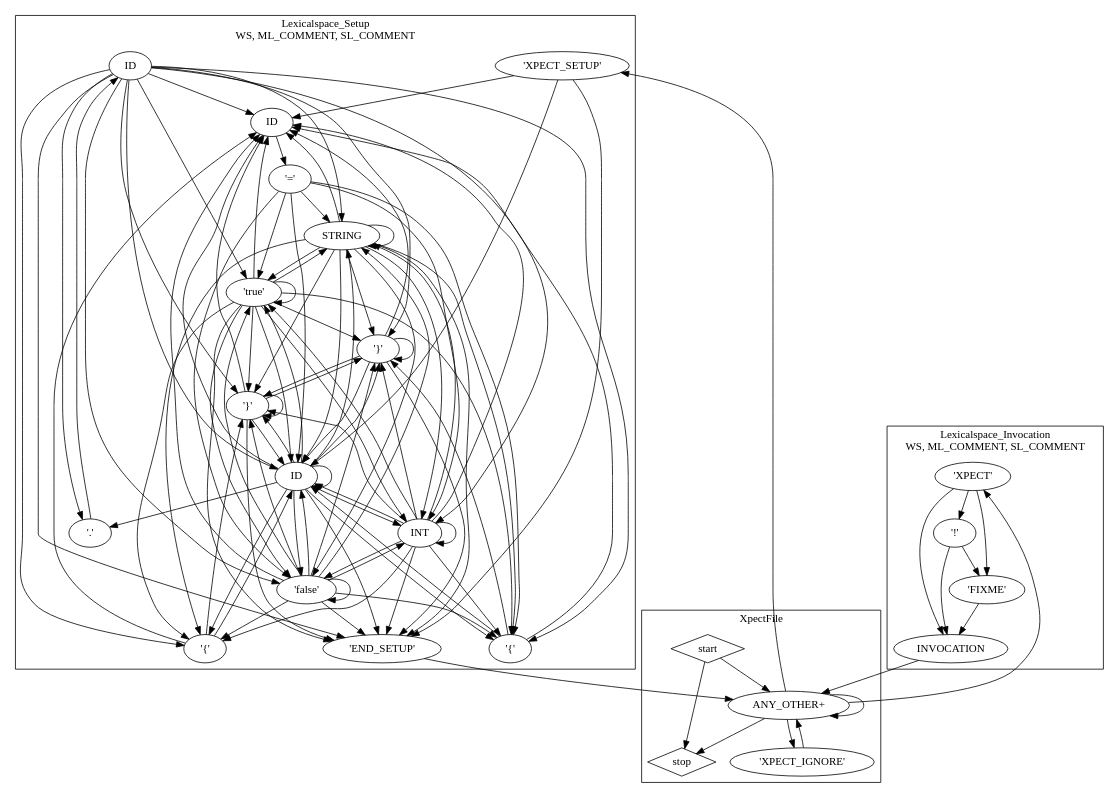
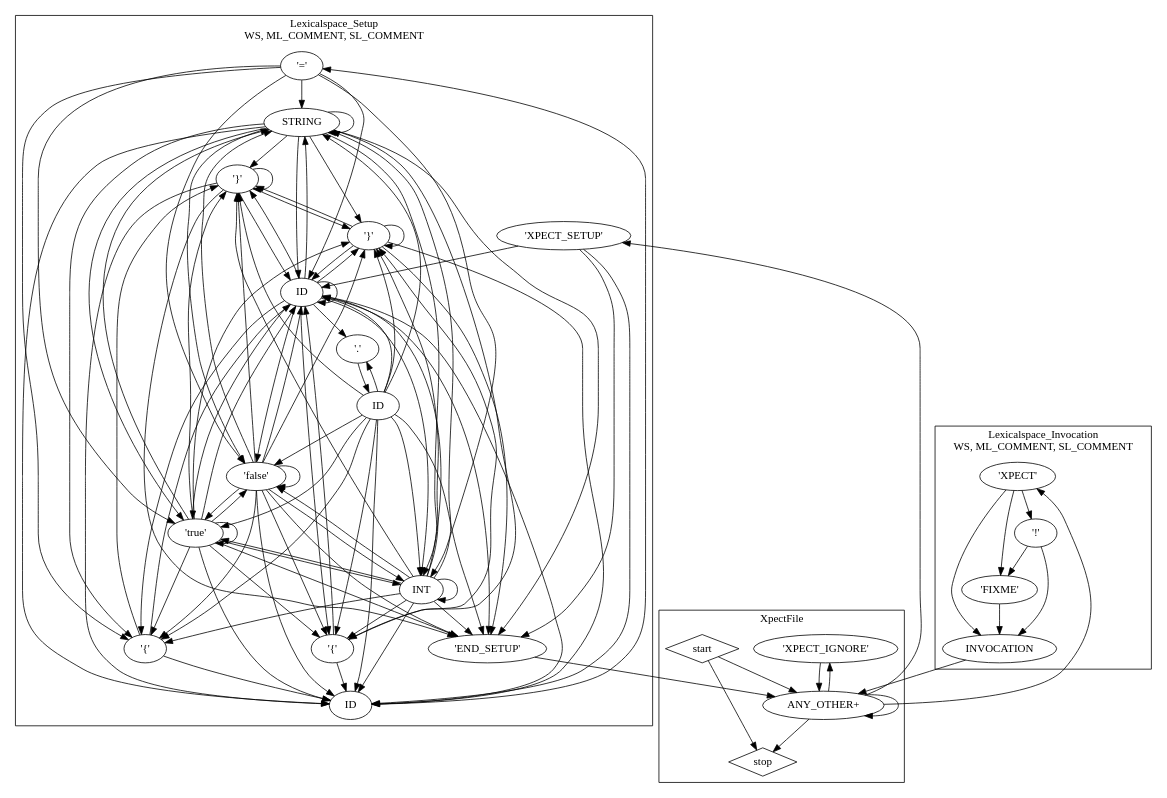
One commit to tjeske/Xpect changed the diagram in org.eclipse.xpect.ui/src-gen/org/eclipse/xpect/lexer/XpectHIGrammarNfa.dot. Above: the diagram before and after it, drawn with Graphviz. The commit also changed 66 other files, not shown here.

```diff
--- a/org.eclipse.xpect.ui/src-gen/org/eclipse/xpect/lexer/XpectHIGrammarNfa.dot
+++ b/org.eclipse.xpect.ui/src-gen/org/eclipse/xpect/lexer/XpectHIGrammarNfa.dot
@@ -1,150 +1,150 @@
 ## This is a Graphviz .dot file (http://www.graphviz.org/)
 ## You can use the command 'dot -Tpdf this.dot > out.pdf' to render it.
 digraph G {
-subgraph cluster_lexicalgroup435175610 {
-label="Lexicalspace_Setup\nWS, ML_COMMENT, SL_COMMENT";
-tokennfastate1073364187 [label=ID];
-tokennfastate1365077151 [label=ID];
-tokennfastate1327479036 [label=STRING];
-tokennfastate1307544234 [label=ID];
-tokennfastate1045277643 [label="'XPECT_SETUP'"];
-tokennfastate1297528817 [label="'END_SETUP'"];
-tokennfastate1973160980 [label="'{'"];
-tokennfastate1815589086 [label="'false'"];
-tokennfastate724715512 [label="'.'"];
-tokennfastate1902949568 [label="'}'"];
-tokennfastate1631747283 [label="'='"];
-tokennfastate1137474487 [label="'{'"];
-tokennfastate774574864 [label=INT];
-tokennfastate2144071031 [label="'}'"];
-tokennfastate723844282 [label="'true'"];
+subgraph cluster_lexicalgroup236055802 {
+label="XpectFile\n";
+tokennfastate1951830231 [label="'XPECT_IGNORE'"];
+tokennfastate1808794751 [label="ANY_OTHER+"];
+tokennfastate1609544540 [shape=diamond,label=stop];
+tokennfastate266546996 [shape=diamond,label=start];
 }
 
-subgraph cluster_lexicalgroup1803361784 {
-label="Lexicalspace_Invocation\nWS, ML_COMMENT, SL_COMMENT";
-tokennfastate859485976 [label=INVOCATION];
-tokennfastate1677168793 [label="'!'"];
-tokennfastate1842764665 [label="'XPECT'"];
-tokennfastate1509075433 [label="'FIXME'"];
+subgraph cluster_lexicalgroup50297459 {
+label="Lexicalspace_Setup\nWS, ML_COMMENT, SL_COMMENT";
+tokennfastate1335025360 [label="'='"];
+tokennfastate868997251 [label="'}'"];
+tokennfastate613079201 [label=ID];
+tokennfastate1243258711 [label="'}'"];
+tokennfastate1857134882 [label=STRING];
+tokennfastate1891225036 [label=ID];
+tokennfastate637796214 [label=ID];
+tokennfastate1734747187 [label="'END_SETUP'"];
+tokennfastate2088030818 [label=INT];
+tokennfastate1531844761 [label="'true'"];
+tokennfastate112380906 [label="'{'"];
+tokennfastate418025943 [label="'false'"];
+tokennfastate1281792763 [label="'.'"];
+tokennfastate1935353349 [label="'XPECT_SETUP'"];
+tokennfastate1091660814 [label="'{'"];
 }
 
-subgraph cluster_lexicalgroup1329897103 {
-label="XpectFile\n";
-tokennfastate530465490 [shape=diamond,label=stop];
-tokennfastate1616253157 [label="'XPECT_IGNORE'"];
-tokennfastate1064783200 [label="ANY_OTHER+"];
-tokennfastate212282107 [shape=diamond,label=start];
+subgraph cluster_lexicalgroup1874542689 {
+label="Lexicalspace_Invocation\nWS, ML_COMMENT, SL_COMMENT";
+tokennfastate366717433 [label="'XPECT'"];
+tokennfastate79503692 [label="'FIXME'"];
+tokennfastate1656345966 [label=INVOCATION];
+tokennfastate883435636 [label="'!'"];
 }
 
-tokennfastate1073364187->tokennfastate1137474487 [];
-tokennfastate1073364187->tokennfastate723844282 [];
-tokennfastate1073364187->tokennfastate1815589086 [];
-tokennfastate1073364187->tokennfastate774574864 [];
-tokennfastate1073364187->tokennfastate1327479036 [];
-tokennfastate1073364187->tokennfastate1902949568 [];
-tokennfastate1073364187->tokennfastate1307544234 [];
-tokennfastate1073364187->tokennfastate1365077151 [];
-tokennfastate1073364187->tokennfastate2144071031 [];
-tokennfastate1073364187->tokennfastate1297528817 [];
-tokennfastate1073364187->tokennfastate1973160980 [];
-tokennfastate1073364187->tokennfastate724715512 [];
-tokennfastate1365077151->tokennfastate1631747283 [];
-tokennfastate1327479036->tokennfastate1973160980 [];
-tokennfastate1327479036->tokennfastate1902949568 [];
-tokennfastate1327479036->tokennfastate1307544234 [];
-tokennfastate1327479036->tokennfastate1365077151 [];
-tokennfastate1327479036->tokennfastate2144071031 [];
-tokennfastate1327479036->tokennfastate1297528817 [];
-tokennfastate1327479036->tokennfastate1137474487 [];
-tokennfastate1327479036->tokennfastate723844282 [];
-tokennfastate1327479036->tokennfastate1815589086 [];
-tokennfastate1327479036->tokennfastate774574864 [];
-tokennfastate1327479036->tokennfastate1327479036 [];
-tokennfastate1307544234->tokennfastate1297528817 [];
-tokennfastate1307544234->tokennfastate1307544234 [];
-tokennfastate1307544234->tokennfastate1365077151 [];
-tokennfastate1307544234->tokennfastate724715512 [];
-tokennfastate1307544234->tokennfastate1902949568 [];
-tokennfastate1307544234->tokennfastate2144071031 [];
-tokennfastate1307544234->tokennfastate723844282 [];
-tokennfastate1307544234->tokennfastate1815589086 [];
-tokennfastate1307544234->tokennfastate774574864 [];
-tokennfastate1307544234->tokennfastate1327479036 [];
-tokennfastate1307544234->tokennfastate1973160980 [];
-tokennfastate1307544234->tokennfastate1137474487 [];
-tokennfastate1045277643->tokennfastate1297528817 [];
-tokennfastate1045277643->tokennfastate1307544234 [];
-tokennfastate1045277643->tokennfastate1365077151 [];
-tokennfastate1297528817->tokennfastate1064783200 [];
-tokennfastate1973160980->tokennfastate2144071031 [];
-tokennfastate1973160980->tokennfastate1365077151 [];
-tokennfastate1973160980->tokennfastate1307544234 [];
-tokennfastate1815589086->tokennfastate1973160980 [];
-tokennfastate1815589086->tokennfastate1902949568 [];
-tokennfastate1815589086->tokennfastate1307544234 [];
-tokennfastate1815589086->tokennfastate1365077151 [];
-tokennfastate1815589086->tokennfastate2144071031 [];
-tokennfastate1815589086->tokennfastate1297528817 [];
-tokennfastate1815589086->tokennfastate1137474487 [];
-tokennfastate1815589086->tokennfastate723844282 [];
-tokennfastate1815589086->tokennfastate1815589086 [];
-tokennfastate1815589086->tokennfastate774574864 [];
-tokennfastate1815589086->tokennfastate1327479036 [];
-tokennfastate724715512->tokennfastate1073364187 [];
-tokennfastate1902949568->tokennfastate1297528817 [];
-tokennfastate1902949568->tokennfastate1307544234 [];
-tokennfastate1902949568->tokennfastate1365077151 [];
-tokennfastate1902949568->tokennfastate1902949568 [];
-tokennfastate1902949568->tokennfastate2144071031 [];
-tokennfastate1631747283->tokennfastate1307544234 [];
-tokennfastate1631747283->tokennfastate1973160980 [];
-tokennfastate1631747283->tokennfastate723844282 [];
-tokennfastate1631747283->tokennfastate1815589086 [];
-tokennfastate1631747283->tokennfastate774574864 [];
-tokennfastate1631747283->tokennfastate1327479036 [];
-tokennfastate1137474487->tokennfastate1902949568 [];
-tokennfastate1137474487->tokennfastate1307544234 [];
-tokennfastate1137474487->tokennfastate1365077151 [];
-tokennfastate774574864->tokennfastate1973160980 [];
-tokennfastate774574864->tokennfastate1902949568 [];
-tokennfastate774574864->tokennfastate1307544234 [];
-tokennfastate774574864->tokennfastate1365077151 [];
-tokennfastate774574864->tokennfastate2144071031 [];
-tokennfastate774574864->tokennfastate1297528817 [];
-tokennfastate774574864->tokennfastate1137474487 [];
-tokennfastate774574864->tokennfastate723844282 [];
-tokennfastate774574864->tokennfastate1815589086 [];
-tokennfastate774574864->tokennfastate774574864 [];
-tokennfastate774574864->tokennfastate1327479036 [];
-tokennfastate2144071031->tokennfastate1902949568 [];
-tokennfastate2144071031->tokennfastate1307544234 [];
-tokennfastate2144071031->tokennfastate1365077151 [];
-tokennfastate2144071031->tokennfastate2144071031 [];
-tokennfastate2144071031->tokennfastate1297528817 [];
-tokennfastate723844282->tokennfastate1973160980 [];
-tokennfastate723844282->tokennfastate1902949568 [];
-tokennfastate723844282->tokennfastate1307544234 [];
-tokennfastate723844282->tokennfastate1365077151 [];
-tokennfastate723844282->tokennfastate2144071031 [];
-tokennfastate723844282->tokennfastate1297528817 [];
-tokennfastate723844282->tokennfastate1137474487 [];
-tokennfastate723844282->tokennfastate723844282 [];
-tokennfastate723844282->tokennfastate1815589086 [];
-tokennfastate723844282->tokennfastate774574864 [];
-tokennfastate723844282->tokennfastate1327479036 [];
-tokennfastate859485976->tokennfastate1064783200 [];
-tokennfastate1677168793->tokennfastate859485976 [];
-tokennfastate1677168793->tokennfastate1509075433 [];
-tokennfastate1842764665->tokennfastate859485976 [];
-tokennfastate1842764665->tokennfastate1677168793 [];
-tokennfastate1842764665->tokennfastate1509075433 [];
-tokennfastate1509075433->tokennfastate859485976 [];
-tokennfastate1616253157->tokennfastate1064783200 [];
-tokennfastate1064783200->tokennfastate1616253157 [];
-tokennfastate1064783200->tokennfastate1045277643 [];
-tokennfastate1064783200->tokennfastate1842764665 [];
-tokennfastate1064783200->tokennfastate530465490 [];
-tokennfastate1064783200->tokennfastate1064783200 [];
-tokennfastate212282107->tokennfastate530465490 [];
-tokennfastate212282107->tokennfastate1064783200 [];
+tokennfastate1951830231->tokennfastate1808794751 [];
+tokennfastate1808794751->tokennfastate1951830231 [];
+tokennfastate1808794751->tokennfastate1935353349 [];
+tokennfastate1808794751->tokennfastate366717433 [];
+tokennfastate1808794751->tokennfastate1609544540 [];
+tokennfastate1808794751->tokennfastate1808794751 [];
+tokennfastate266546996->tokennfastate1609544540 [];
+tokennfastate266546996->tokennfastate1808794751 [];
+tokennfastate1335025360->tokennfastate637796214 [];
+tokennfastate1335025360->tokennfastate112380906 [];
+tokennfastate1335025360->tokennfastate1531844761 [];
+tokennfastate1335025360->tokennfastate418025943 [];
+tokennfastate1335025360->tokennfastate2088030818 [];
+tokennfastate1335025360->tokennfastate1857134882 [];
+tokennfastate868997251->tokennfastate1243258711 [];
+tokennfastate868997251->tokennfastate637796214 [];
+tokennfastate868997251->tokennfastate613079201 [];
+tokennfastate868997251->tokennfastate868997251 [];
+tokennfastate868997251->tokennfastate1734747187 [];
+tokennfastate613079201->tokennfastate1335025360 [];
+tokennfastate1243258711->tokennfastate1734747187 [];
+tokennfastate1243258711->tokennfastate637796214 [];
+tokennfastate1243258711->tokennfastate613079201 [];
+tokennfastate1243258711->tokennfastate1243258711 [];
+tokennfastate1243258711->tokennfastate868997251 [];
+tokennfastate1857134882->tokennfastate112380906 [];
+tokennfastate1857134882->tokennfastate1243258711 [];
+tokennfastate1857134882->tokennfastate637796214 [];
+tokennfastate1857134882->tokennfastate613079201 [];
+tokennfastate1857134882->tokennfastate868997251 [];
+tokennfastate1857134882->tokennfastate1734747187 [];
+tokennfastate1857134882->tokennfastate1091660814 [];
+tokennfastate1857134882->tokennfastate1531844761 [];
+tokennfastate1857134882->tokennfastate418025943 [];
+tokennfastate1857134882->tokennfastate2088030818 [];
+tokennfastate1857134882->tokennfastate1857134882 [];
+tokennfastate1891225036->tokennfastate1091660814 [];
+tokennfastate1891225036->tokennfastate1531844761 [];
+tokennfastate1891225036->tokennfastate418025943 [];
+tokennfastate1891225036->tokennfastate2088030818 [];
+tokennfastate1891225036->tokennfastate1857134882 [];
+tokennfastate1891225036->tokennfastate1243258711 [];
+tokennfastate1891225036->tokennfastate637796214 [];
+tokennfastate1891225036->tokennfastate613079201 [];
+tokennfastate1891225036->tokennfastate868997251 [];
+tokennfastate1891225036->tokennfastate1734747187 [];
+tokennfastate1891225036->tokennfastate112380906 [];
+tokennfastate1891225036->tokennfastate1281792763 [];
+tokennfastate637796214->tokennfastate1734747187 [];
+tokennfastate637796214->tokennfastate637796214 [];
+tokennfastate637796214->tokennfastate613079201 [];
+tokennfastate637796214->tokennfastate1281792763 [];
+tokennfastate637796214->tokennfastate1243258711 [];
+tokennfastate637796214->tokennfastate868997251 [];
+tokennfastate637796214->tokennfastate1531844761 [];
+tokennfastate637796214->tokennfastate418025943 [];
+tokennfastate637796214->tokennfastate2088030818 [];
+tokennfastate637796214->tokennfastate1857134882 [];
+tokennfastate637796214->tokennfastate112380906 [];
+tokennfastate637796214->tokennfastate1091660814 [];
+tokennfastate1734747187->tokennfastate1808794751 [];
+tokennfastate2088030818->tokennfastate112380906 [];
+tokennfastate2088030818->tokennfastate1243258711 [];
+tokennfastate2088030818->tokennfastate637796214 [];
+tokennfastate2088030818->tokennfastate613079201 [];
+tokennfastate2088030818->tokennfastate868997251 [];
+tokennfastate2088030818->tokennfastate1734747187 [];
+tokennfastate2088030818->tokennfastate1091660814 [];
+tokennfastate2088030818->tokennfastate1531844761 [];
+tokennfastate2088030818->tokennfastate418025943 [];
+tokennfastate2088030818->tokennfastate2088030818 [];
+tokennfastate2088030818->tokennfastate1857134882 [];
+tokennfastate1531844761->tokennfastate112380906 [];
+tokennfastate1531844761->tokennfastate1243258711 [];
+tokennfastate1531844761->tokennfastate637796214 [];
+tokennfastate1531844761->tokennfastate613079201 [];
+tokennfastate1531844761->tokennfastate868997251 [];
+tokennfastate1531844761->tokennfastate1734747187 [];
+tokennfastate1531844761->tokennfastate1091660814 [];
+tokennfastate1531844761->tokennfastate1531844761 [];
+tokennfastate1531844761->tokennfastate418025943 [];
+tokennfastate1531844761->tokennfastate2088030818 [];
+tokennfastate1531844761->tokennfastate1857134882 [];
+tokennfastate112380906->tokennfastate868997251 [];
+tokennfastate112380906->tokennfastate613079201 [];
+tokennfastate112380906->tokennfastate637796214 [];
+tokennfastate418025943->tokennfastate112380906 [];
+tokennfastate418025943->tokennfastate1243258711 [];
+tokennfastate418025943->tokennfastate637796214 [];
+tokennfastate418025943->tokennfastate613079201 [];
+tokennfastate418025943->tokennfastate868997251 [];
+tokennfastate418025943->tokennfastate1734747187 [];
+tokennfastate418025943->tokennfastate1091660814 [];
+tokennfastate418025943->tokennfastate1531844761 [];
+tokennfastate418025943->tokennfastate418025943 [];
+tokennfastate418025943->tokennfastate2088030818 [];
+tokennfastate418025943->tokennfastate1857134882 [];
+tokennfastate1281792763->tokennfastate1891225036 [];
+tokennfastate1935353349->tokennfastate1734747187 [];
+tokennfastate1935353349->tokennfastate637796214 [];
+tokennfastate1935353349->tokennfastate613079201 [];
+tokennfastate1091660814->tokennfastate1243258711 [];
+tokennfastate1091660814->tokennfastate637796214 [];
+tokennfastate1091660814->tokennfastate613079201 [];
+tokennfastate366717433->tokennfastate1656345966 [];
+tokennfastate366717433->tokennfastate883435636 [];
+tokennfastate366717433->tokennfastate79503692 [];
+tokennfastate79503692->tokennfastate1656345966 [];
+tokennfastate1656345966->tokennfastate1808794751 [];
+tokennfastate883435636->tokennfastate1656345966 [];
+tokennfastate883435636->tokennfastate79503692 [];
 }
```
